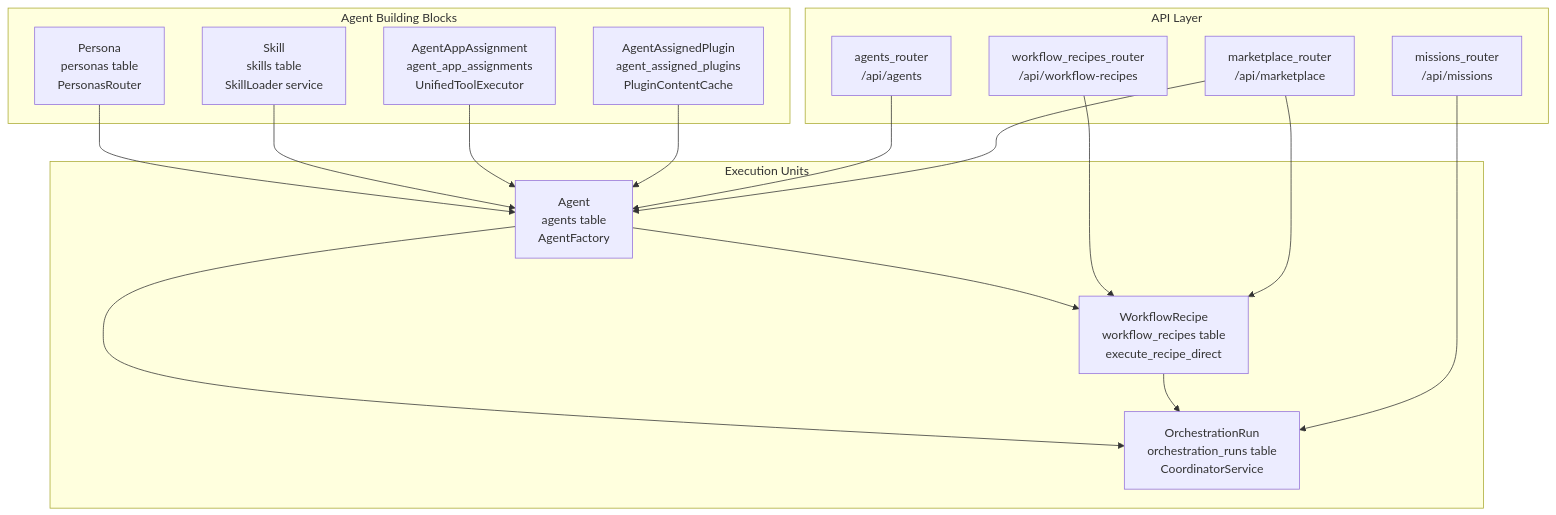
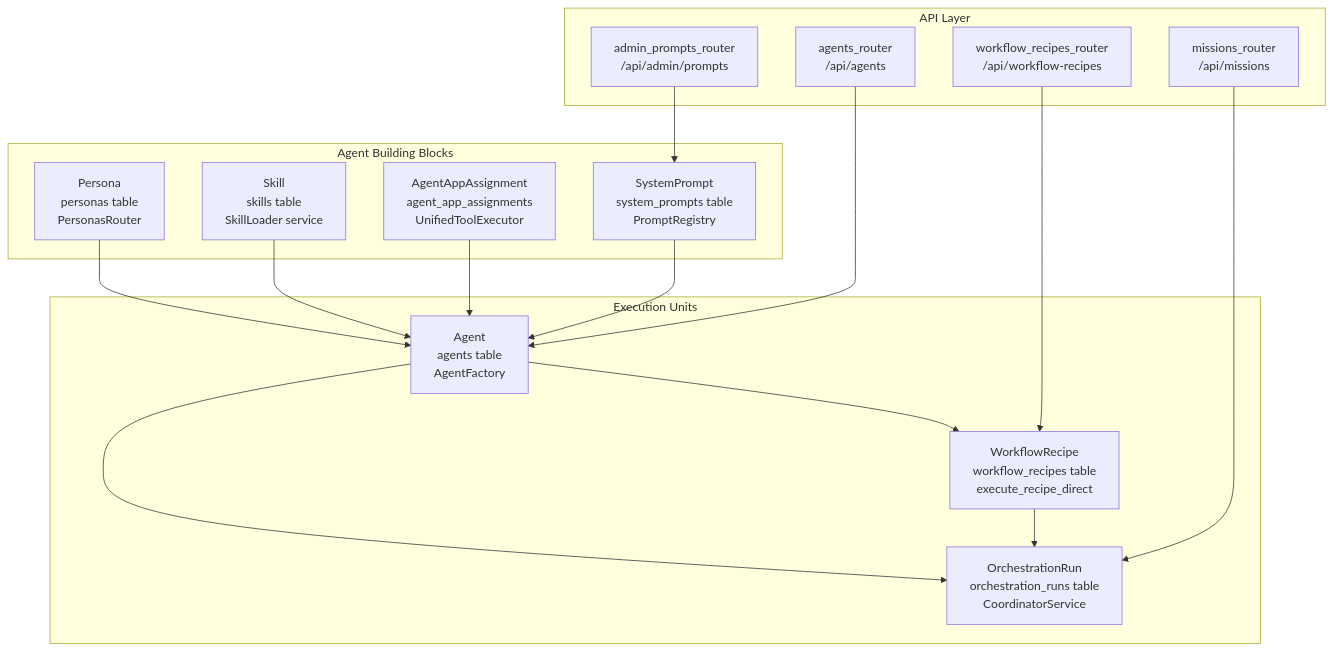
One commit to AutomatosAI/automatos-ai changed the first of 2 diagrams in docs/overview/key-concepts.md. Above: the diagram before and after it, drawn with Mermaid. The commit also changed other lines of this file and 153 other files, not shown here.

````diff
--- a/docs/overview/key-concepts.md
+++ b/docs/overview/key-concepts.md
@@ -57,37 +41,36 @@
 ```mermaid
 graph TB
     subgraph "Agent Building Blocks"
         PersonaModel["Persona<br/>personas table<br/>PersonasRouter"]
         SkillModel["Skill<br/>skills table<br/>SkillLoader service"]
         ToolAssignment["AgentAppAssignment<br/>agent_app_assignments<br/>UnifiedToolExecutor"]
-        PluginAssignment["AgentAssignedPlugin<br/>agent_assigned_plugins<br/>PluginContentCache"]
+        SystemPrompt["SystemPrompt<br/>system_prompts table<br/>PromptRegistry"]
     end
     
     subgraph "Execution Units"
         AgentModel["Agent<br/>agents table<br/>AgentFactory"]
         RecipeModel["WorkflowRecipe<br/>workflow_recipes table<br/>execute_recipe_direct"]
         MissionModel["OrchestrationRun<br/>orchestration_runs table<br/>CoordinatorService"]
     end
     
     subgraph "API Layer"
         AgentRouter["agents_router<br/>/api/agents"]
         RecipeRouter["workflow_recipes_router<br/>/api/workflow-recipes"]
         MissionRouter["missions_router<br/>/api/missions"]
-        MarketplaceRouter["marketplace_router<br/>/api/marketplace"]
+        AdminPromptRouter["admin_prompts_router<br/>/api/admin/prompts"]
     end
     
     PersonaModel --> AgentModel
     SkillModel --> AgentModel
     ToolAssignment --> AgentModel
-    PluginAssignment --> AgentModel
+    SystemPrompt --> AgentModel
     
     AgentModel --> RecipeModel
     AgentModel --> MissionModel
     RecipeModel --> MissionModel
     
     AgentRouter --> AgentModel
     RecipeRouter --> RecipeModel
     MissionRouter --> MissionModel
-    MarketplaceRouter --> AgentModel
-    MarketplaceRouter --> RecipeModel
+    AdminPromptRouter --> SystemPrompt
 ```
````
